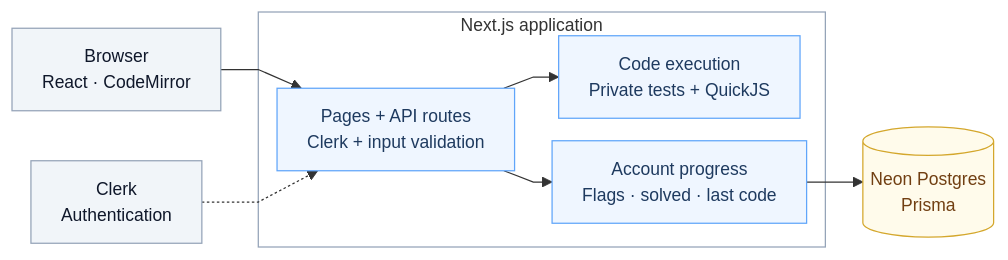
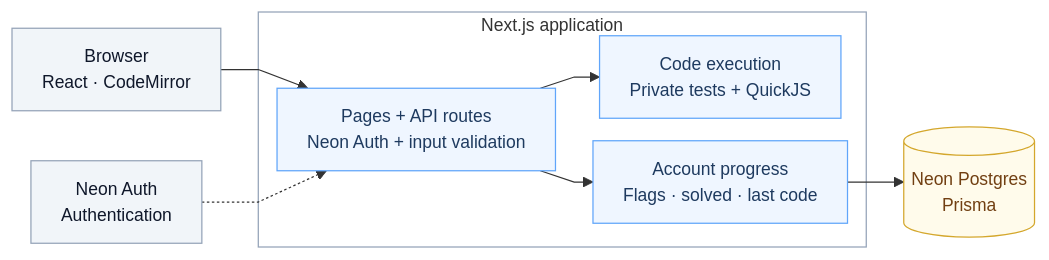
One commit to eric-nichols-nyc/code-atlas changed the diagram in README.md. Above: the diagram before and after it, drawn with Mermaid. The commit also changed other lines of this file and 88 other files, not shown here.

Commit message:
feat: adopt Neon Auth and add JavaScript practice problems

````diff
--- a/README.md
+++ b/README.md
@@ -123,28 +127,28 @@
 ```mermaid
 %%{init: {"look": "classic", "fontFamily": "Arial", "themeVariables": {"fontFamily": "Arial, sans-serif", "fontSize": "14px"}, "flowchart": {"nodeSpacing": 18, "rankSpacing": 30, "curve": "linear", "padding": 12, "wrappingWidth": 220}}}%%
 flowchart LR
     Browser["Browser<br/>React · CodeMirror"]
-    Clerk["Clerk<br/>Authentication"]
+    Auth["Neon Auth<br/>Authentication"]
 
     subgraph Next["Next.js application"]
-        Routes["Pages + API routes<br/>Clerk + input validation"]
+        Routes["Pages + API routes<br/>Neon Auth + input validation"]
         Judge["Code execution<br/>Private tests + QuickJS"]
         Progress["Account progress<br/>Flags · solved · last code"]
 
         Routes --> Judge
         Routes --> Progress
     end
 
     Browser --> Routes
-    Clerk -.-> Routes
+    Auth -.-> Routes
     Progress --> Neon[("Neon Postgres<br/>Prisma")]
 
     style Next fill:transparent,stroke:#94a3b8,stroke-width:1px,font-family:Arial
     classDef default font-family:Arial
     classDef client fill:#f1f5f9,stroke:#94a3b8,color:#0f172a
     classDef app fill:#eff6ff,stroke:#60a5fa,color:#1e3a5f
     classDef data fill:#fffbeb,stroke:#d4a72c,color:#713f12
-    class Browser,Clerk client
+    class Browser,Auth client
     class Routes,Judge,Progress app
     class Neon data
 ```
````
